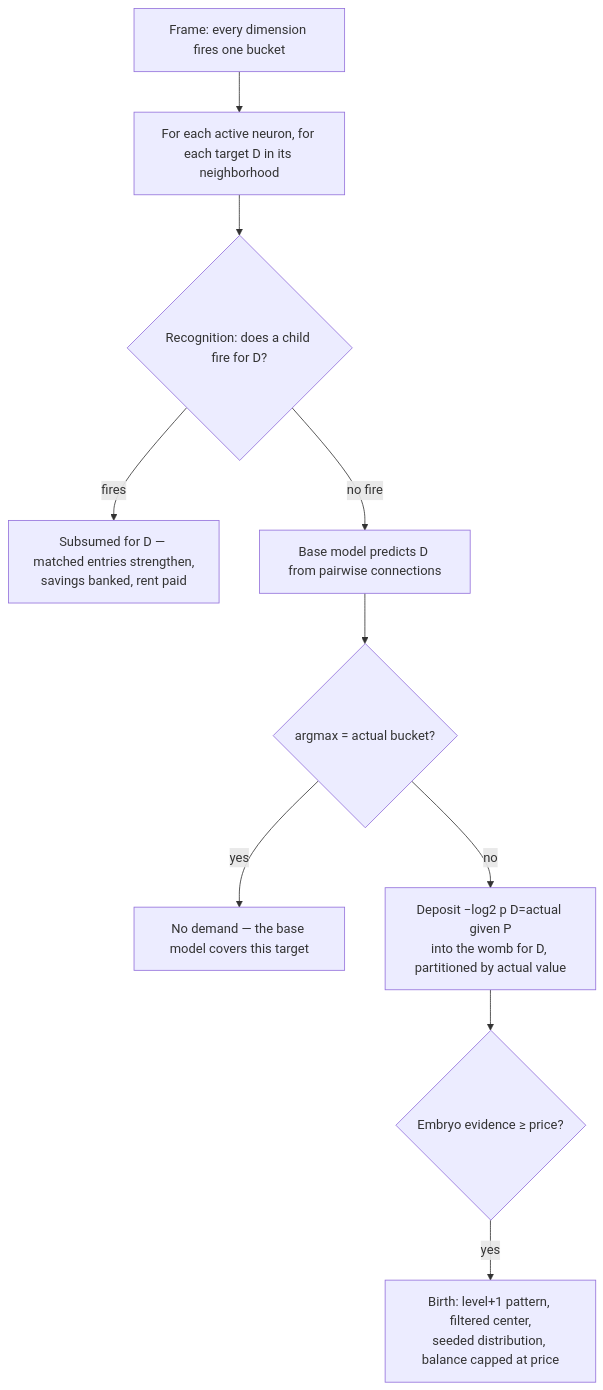
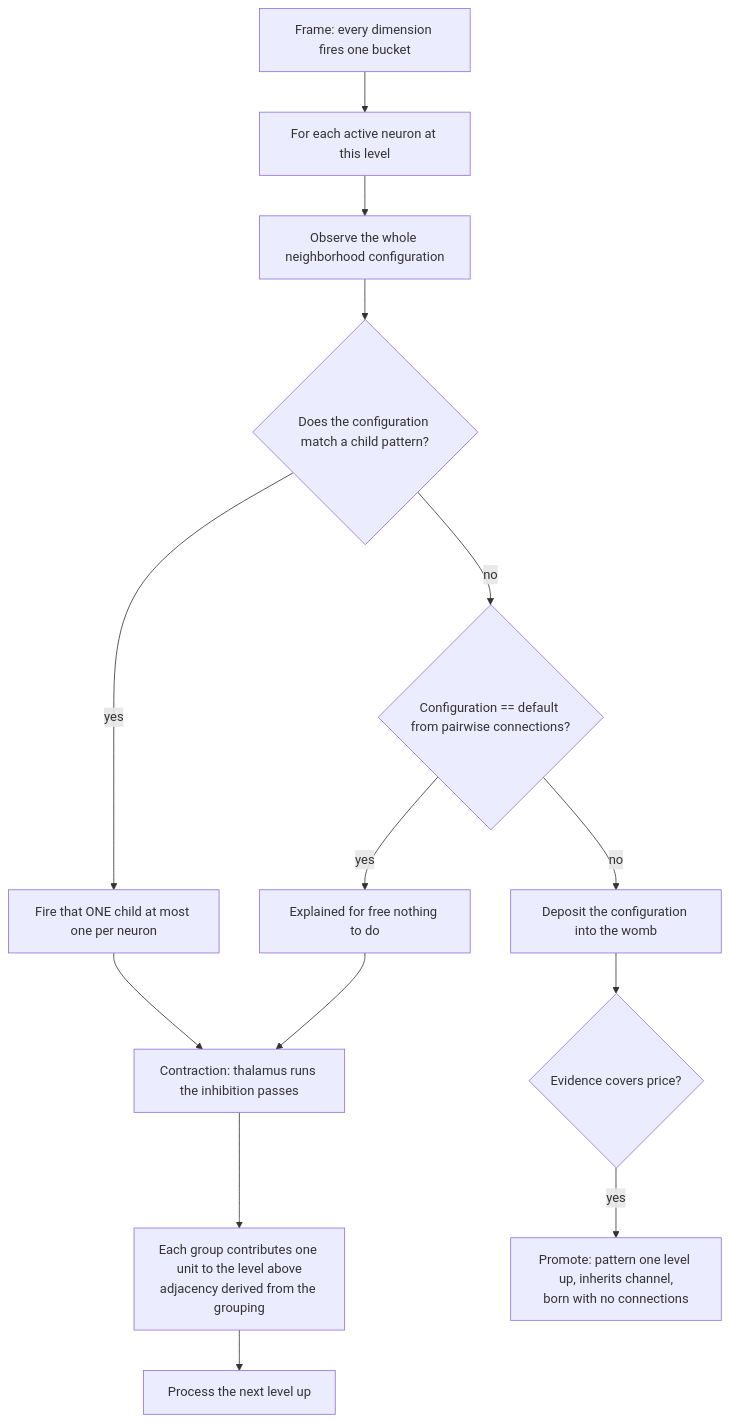
Before and after one commit to cucar/robot_brain: the diagram in docs/algorithm.md, drawn with Mermaid. The commit also changed other lines of this file, not shown here.

````diff
--- a/docs/algorithm.md
+++ b/docs/algorithm.md
@@ -472,12 +209,16 @@
 ```mermaid
 flowchart TD
-    A[Frame: every dimension fires one bucket] --> B[For each active neuron, for each target D in its neighborhood]
-    B --> C{Recognition: does a child fire for D?}
-    C -->|fires| D[Subsumed for D — matched entries strengthen,<br/>savings banked, rent paid]
-    C -->|no fire| E[Base model predicts D from pairwise connections]
-    E --> F{argmax = actual bucket?}
-    F -->|yes| G[No demand — the base model covers this target]
-    F -->|no| H[Deposit −log2 p D=actual given P<br/>into the womb for D, partitioned by actual value]
-    H --> I{Embryo evidence ≥ price?}
-    I -->|yes| J[Birth: level+1 pattern, filtered center,<br/>seeded distribution, balance capped at price]
+    A[Frame: every dimension fires one bucket] --> B[For each active neuron at this level]
+    B --> C[Observe the whole neighborhood configuration]
+    C --> D{Does the configuration match a child pattern?}
+    D -->|yes| E[Fire that ONE child at most one per neuron]
+    D -->|no| F{Configuration == default from pairwise connections?}
+    F -->|yes| G[Explained for free nothing to do]
+    F -->|no| H[Deposit the configuration into the womb]
+    H --> I{Evidence covers price?}
+    I -->|yes| J[Promote: pattern one level up, inherits channel,<br/>born with no connections]
+    E --> K[Contraction: thalamus runs the inhibition passes]
+    G --> K
+    K --> L[Each group contributes one unit to the level above<br/>adjacency derived from the grouping]
+    L --> M[Process the next level up]
 ```
````
